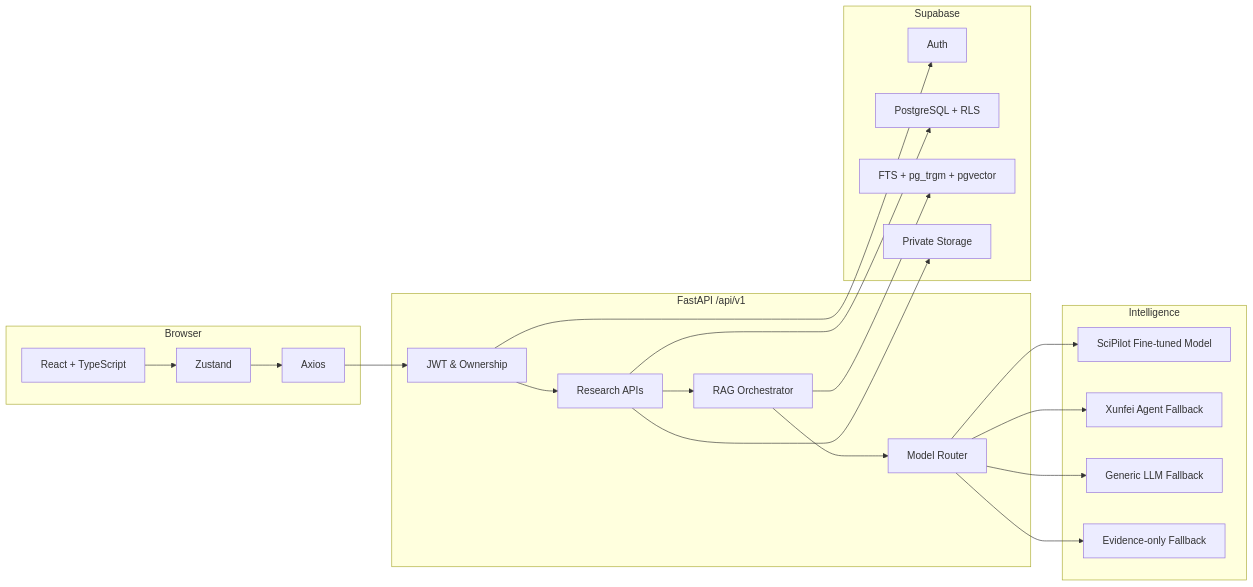
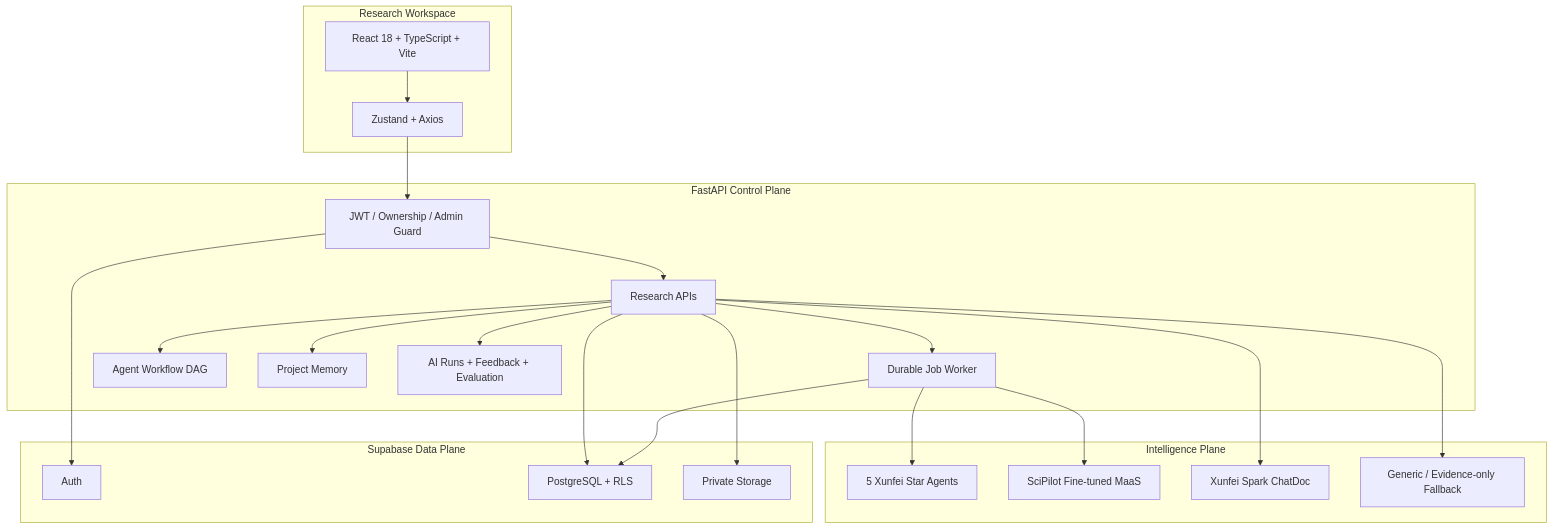
Before and after one commit to telitor/SciPilot: the third of 5 diagrams in README.md, drawn with Mermaid. The commit also changed other lines of this file, not shown here.

````diff
--- a/README.md
+++ b/README.md
@@ -251,42 +229,44 @@
 ```mermaid
-flowchart LR
-    subgraph Browser["Browser"]
-        UI["React + TypeScript"]
-        Store["Zustand"]
-        HTTP["Axios"]
+flowchart TB
+    subgraph Client["Research Workspace"]
+        UI["React 18 + TypeScript + Vite"]
+        State["Zustand + Axios"]
     end
 
-    subgraph Backend["FastAPI /api/v1"]
-        Auth["JWT & Ownership"]
-        API["Research APIs"]
-        Retrieval["RAG Orchestrator"]
-        Router["Model Router"]
+    subgraph API["FastAPI Control Plane"]
+        Auth["JWT / Ownership / Admin Guard"]
+        Routes["Research APIs"]
+        Jobs["Durable Job Worker"]
+        Flow["Agent Workflow DAG"]
+        Memory["Project Memory"]
+        Observe["AI Runs + Feedback + Evaluation"]
     end
 
-    subgraph Intelligence["Intelligence"]
-        FineTuned["SciPilot Fine-tuned Model"]
-        Xunfei["Xunfei Agent Fallback"]
-        Generic["Generic LLM Fallback"]
-        Extractive["Evidence-only Fallback"]
+    subgraph Intelligence["Intelligence Plane"]
+        Agents["5 Xunfei Star Agents"]
+        FT["SciPilot Fine-tuned MaaS"]
+        KB["Xunfei Spark ChatDoc"]
+        Safe["Generic / Evidence-only Fallback"]
     end
 
-    subgraph Supabase["Supabase"]
-        SupaAuth["Auth"]
+    subgraph Data["Supabase Data Plane"]
+        SA["Auth"]
         DB["PostgreSQL + RLS"]
-        Vector["FTS + pg_trgm + pgvector"]
-        Storage["Private Storage"]
+        Store["Private Storage"]
     end
 
-    UI --> Store --> HTTP
-    HTTP --> Auth --> API
-    API --> Retrieval
-    Retrieval --> Vector
-    Retrieval --> Router
-    Router --> FineTuned
-    Router --> Xunfei
-    Router --> Generic
-    Router --> Extractive
-    Auth --> SupaAuth
-    API --> DB
-    API --> Storage
+    UI --> State --> Auth
+    Auth --> Routes
+    Routes --> Jobs
+    Routes --> Flow
+    Routes --> Memory
+    Routes --> Observe
+    Jobs --> Agents
+    Jobs --> FT
+    Routes --> KB
+    Routes --> Safe
+    Auth --> SA
+    Routes --> DB
+    Jobs --> DB
+    Routes --> Store
 ```
````
